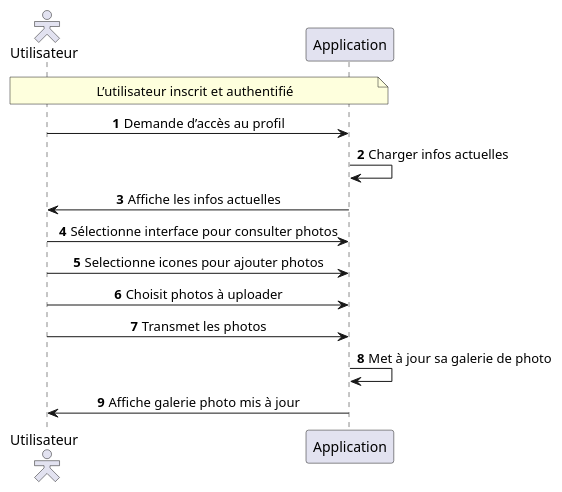
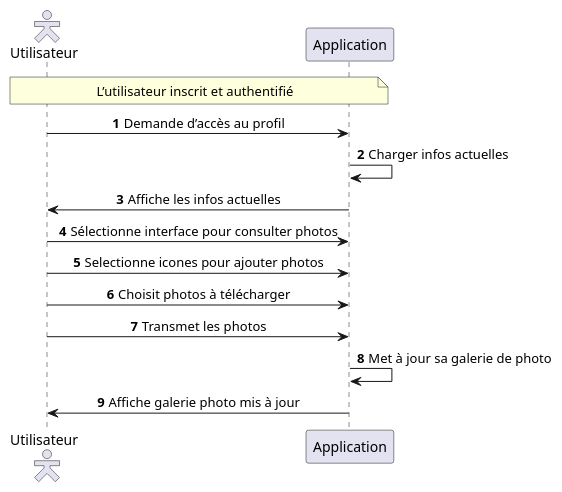
One commit to MinaroliCorentin/PSO changed the diagram in src/Description_des_scenarios_Config_Utilisateur_ajouter_photo.puml. Above: the diagram before and after it, drawn with PlantUML. The commit also changed 15 other files, not shown here.

```diff
--- a/src/Description_des_scenarios_Config_Utilisateur_ajouter_photo.puml
+++ b/src/Description_des_scenarios_Config_Utilisateur_ajouter_photo.puml
@@ -1,22 +1,22 @@
 @startuml
 autonumber
 skinparam sequenceMessageAlign center
 skinparam actorStyle hollow
 
 actor "Utilisateur" as user
 participant "Application" as app
 
 note over user, app
 L’utilisateur inscrit et authentifié
 end note
 
 user -> app : Demande d’accès au profil
 app -> app : Charger infos actuelles
 app -> user : Affiche les infos actuelles
 user -> app : Sélectionne interface pour consulter photos
 user -> app : Selectionne icones pour ajouter photos
-user -> app : Choisit photos à uploader
+user -> app : Choisit photos à télécharger
 user -> app : Transmet les photos
 app -> app : Met à jour sa galerie de photo
 app -> user : Affiche galerie photo mis à jour
 @enduml
```
